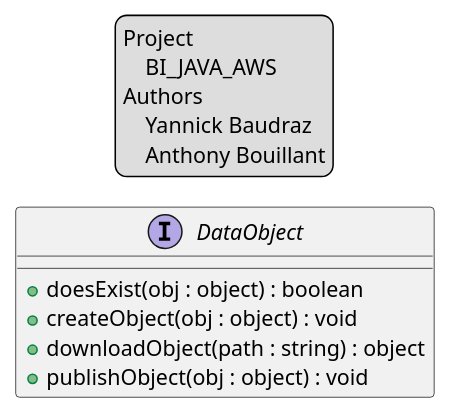
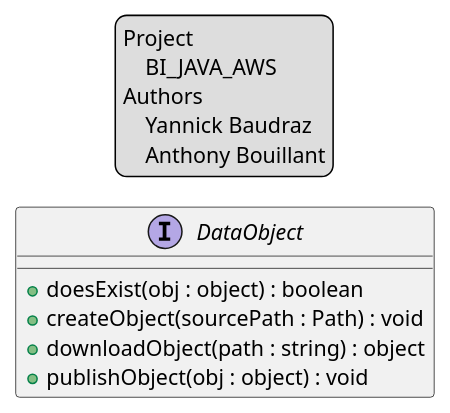
Before and after one commit to CPNV-ES-BI/BI_JAVA_AWS: the diagram in doc/DataObject.puml, drawn with PlantUML. The commit also changed 6 other files, not shown here.

Commit message:
Update tests for createObject

```diff
--- a/doc/DataObject.puml
+++ b/doc/DataObject.puml
@@ -1,19 +1,19 @@
 @startuml
 'https://plantuml.com/class-diagram
 
 legend top
     Project
         BI_JAVA_AWS
     Authors
         Yannick Baudraz
         Anthony Bouillant
 endlegend
 
 interface DataObject {
     + doesExist(obj : object) : boolean
-    + createObject(obj : object) : void
+    + createObject(sourcePath : Path) : void
     + downloadObject(path : string) : object
     + publishObject(obj : object) : void
 }
 
 @enduml
```
